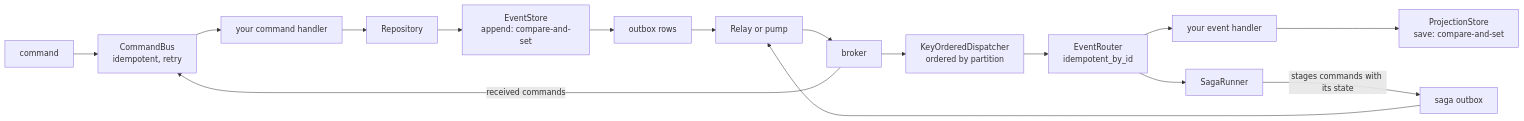
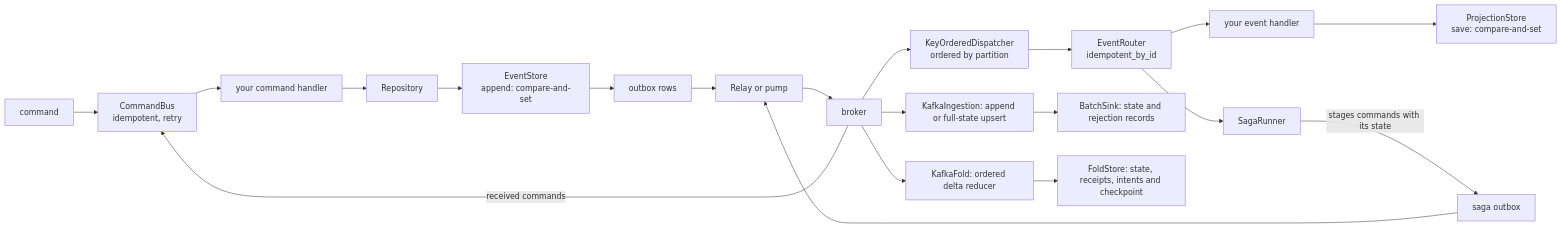
The first of 2 diagrams in docs/sdk/README.md (haskian/edax), drawn with Mermaid before and after one commit. The commit also changed other lines of this file and 25 other files, not shown here.

````diff
--- a/docs/sdk/README.md
+++ b/docs/sdk/README.md
@@ -14,18 +15,22 @@
 ```mermaid
 flowchart LR
     CMD["command"] --> BUS["CommandBus<br/>idempotent, retry"]
     BUS --> H["your command handler"]
     H --> REPO["Repository"]
     REPO --> ES["EventStore<br/>append: compare-and-set"]
     ES --> OB["outbox rows"]
     OB --> REL["Relay or pump"]
     REL --> BR["broker"]
     BR --> DISP["KeyOrderedDispatcher<br/>ordered by partition"]
     DISP --> RT["EventRouter<br/>idempotent_by_id"]
     RT --> EH["your event handler"]
     EH --> PS["ProjectionStore<br/>save: compare-and-set"]
+    BR --> ING["KafkaIngestion: append or full-state upsert"]
+    ING --> BS["BatchSink: state and rejection records"]
+    BR --> FOLD["KafkaFold: ordered delta reducer"]
+    FOLD --> FS["FoldStore: state, receipts, intents and checkpoint"]
     RT --> SAGA["SagaRunner"]
     SAGA -->|"stages commands with its state"| SO["saga outbox"]
     SO --> REL
     BR -->|"received commands"| BUS
 ```
````
